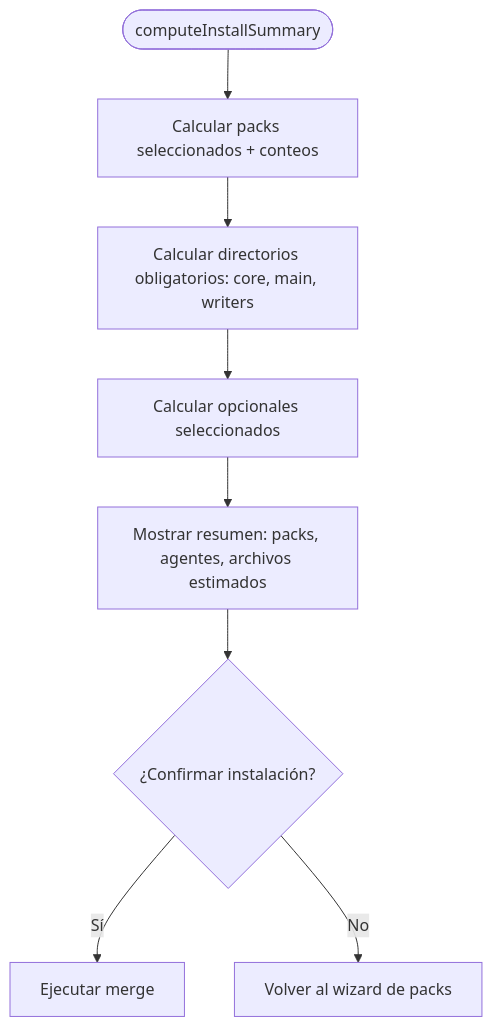
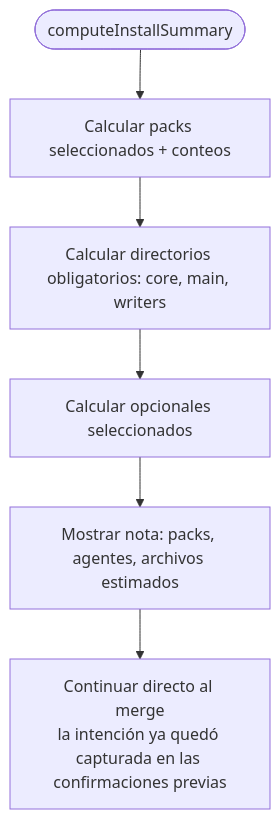
The eighth of 9 diagrams in docs/APPFLOW.md (Fisherk2/codice-opencode), drawn with Mermaid before and after one commit. The commit also changed other lines of this file and 88 other files, not shown here.

````diff
--- a/docs/APPFLOW.md
+++ b/docs/APPFLOW.md
@@ -189,10 +198,8 @@
 ```mermaid
 graph TD
     A([computeInstallSummary]) --> B[Calcular packs seleccionados + conteos]
     B --> C[Calcular directorios obligatorios: core, main, writers]
     C --> D[Calcular opcionales seleccionados]
-    D --> E[Mostrar resumen: packs, agentes, archivos estimados]
-    E --> F{¿Confirmar instalación?}
-    F -- Sí --> G[Ejecutar merge]
-    F -- No --> H[Volver al wizard de packs]
+    D --> E[Mostrar nota: packs, agentes, archivos estimados]
+    E --> G[Continuar directo al merge<br/>la intención ya quedó capturada en las confirmaciones previas]
 ```
````
